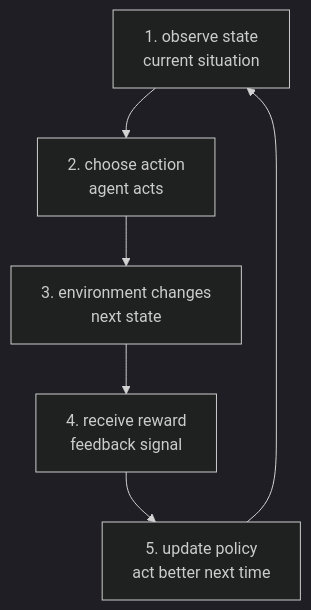
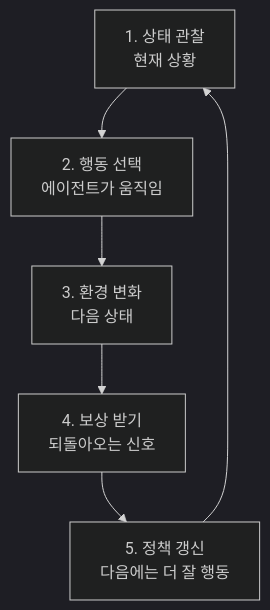
Before and after one commit to devchan64/AiBook: the first of 3 diagrams in docs/parts/part-04/chapter-02/section-03.md, drawn with Mermaid (dark theme). The commit also changed other lines of this file and 21 other files, not shown here.

````diff
--- a/docs/parts/part-04/chapter-02/section-03.md
+++ b/docs/parts/part-04/chapter-02/section-03.md
@@ -49,14 +49,14 @@
 ```mermaid
 flowchart TB
-  A["1. observe state<br/>current situation"]
-  B["2. choose action<br/>agent acts"]
-  C["3. environment changes<br/>next state"]
-  D["4. receive reward<br/>feedback signal"]
-  E["5. update policy<br/>act better next time"]
+  A["1. 상태 관찰<br/>현재 상황"]
+  B["2. 행동 선택<br/>에이전트가 움직임"]
+  C["3. 환경 변화<br/>다음 상태"]
+  D["4. 보상 받기<br/>되돌아오는 신호"]
+  E["5. 정책 갱신<br/>다음에는 더 잘 행동"]
 
   A --> B
   B --> C
   C --> D
   D --> E
   E --> A
 ```
````
